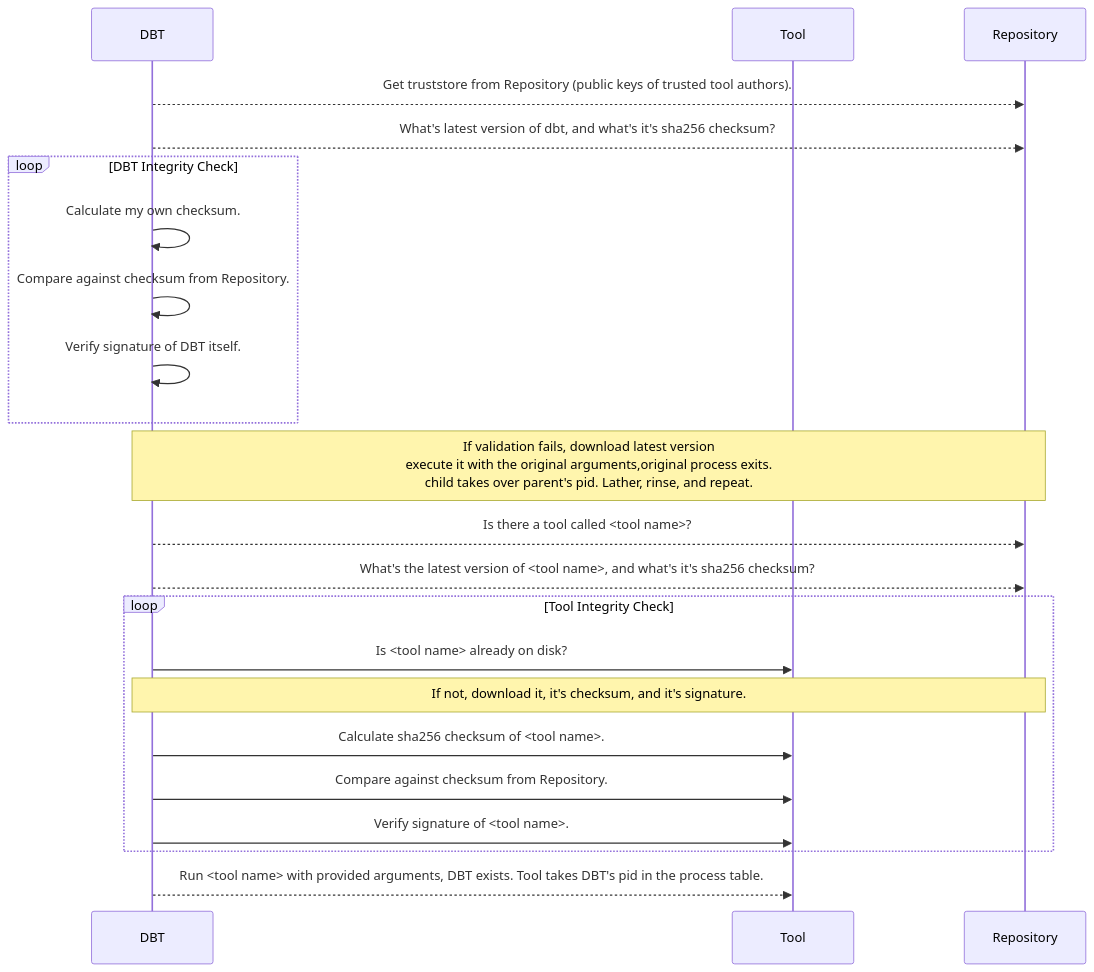
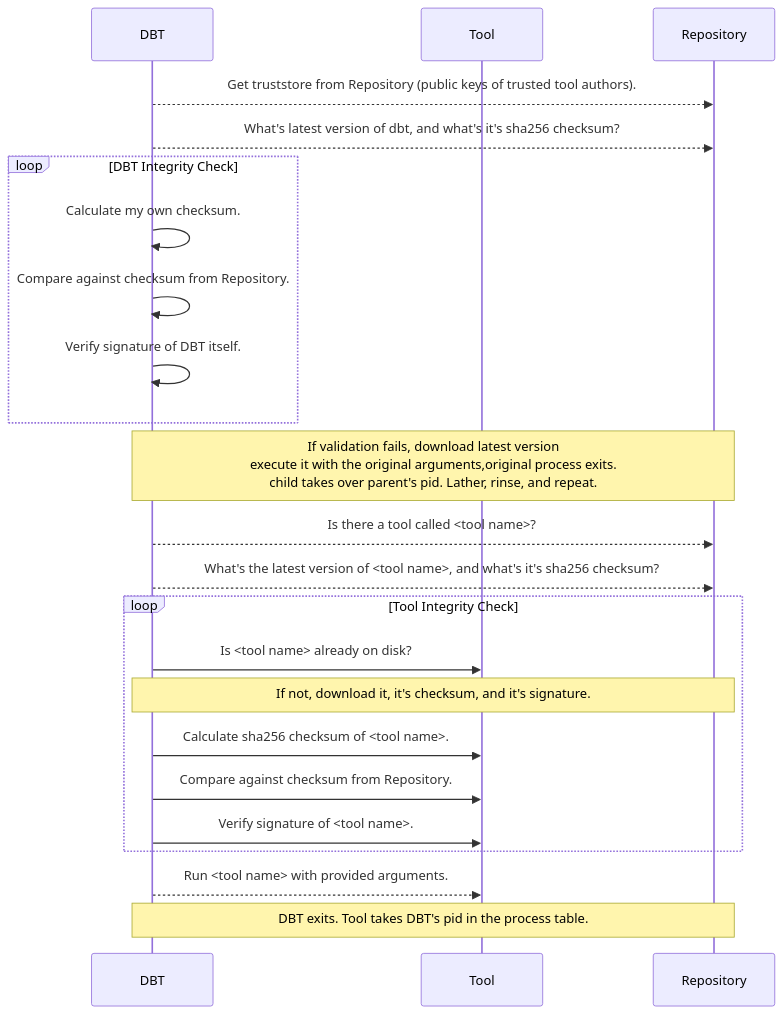
The diagram in README.md (nikogura/dbt), drawn with Mermaid before and after one commit.

Commit message:
playing with mermaid

````diff
--- a/README.md
+++ b/README.md
@@ -45,25 +45,26 @@
 ```mermaid
 sequenceDiagram
     participant DBT
     participant Tool
     participant Repository
     DBT-->>Repository: Get truststore from Repository (public keys of trusted tool authors).
     DBT-->>Repository: What's latest version of dbt, and what's it's sha256 checksum?
     loop DBT Integrity Check
         DBT->>DBT: Calculate my own checksum.
         DBT->>DBT: Compare against checksum from Repository.
         DBT->>DBT: Verify signature of DBT itself.
     end
     Note over DBT,Repository: If validation fails, download latest version<br>execute it with the original arguments,original process exits.<br>child takes over parent's pid.  Lather, rinse, and repeat.
     DBT-->>Repository: Is there a tool called <tool name>?
     DBT-->>Repository: What's the latest version of <tool name>, and what's it's sha256 checksum?
     loop Tool Integrity Check
         DBT->>Tool: Is <tool name> already on disk?
         Note over DBT,Repository: If not, download it, it's checksum, and it's signature.
         DBT->>Tool: Calculate sha256 checksum of <tool name>.
         DBT->>Tool: Compare against checksum from Repository.
         DBT->>Tool: Verify signature of <tool name>.
     end
-    DBT-->>Tool: Run <tool name> with provided arguments, DBT exists.  Tool takes DBT's pid in the process table.
+    DBT-->>Tool: Run <tool name> with provided arguments.
+    Note over DBT,Repository: DBT exits.  Tool takes DBT's pid in the process table.
 
 ```
````
